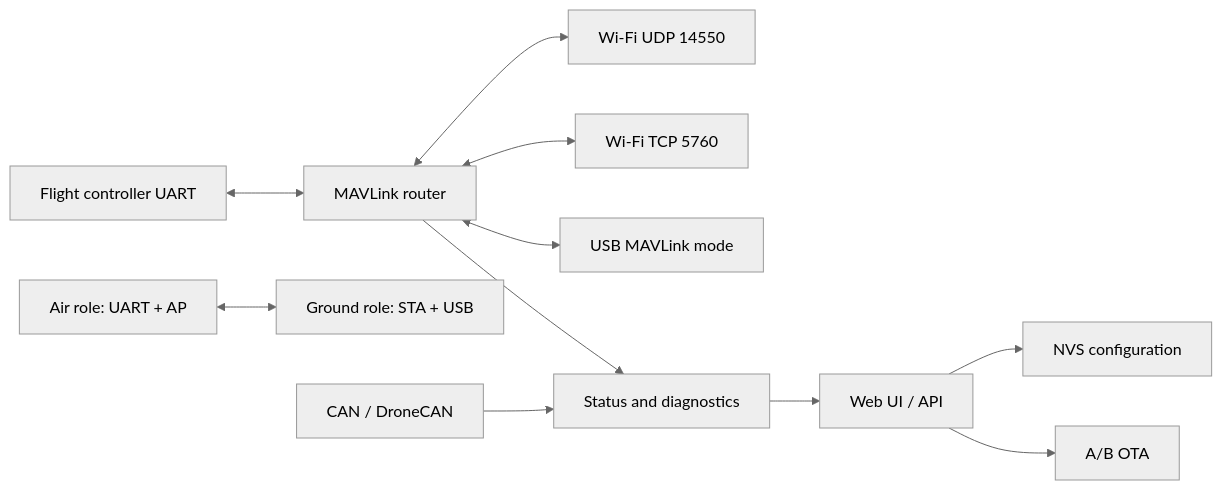
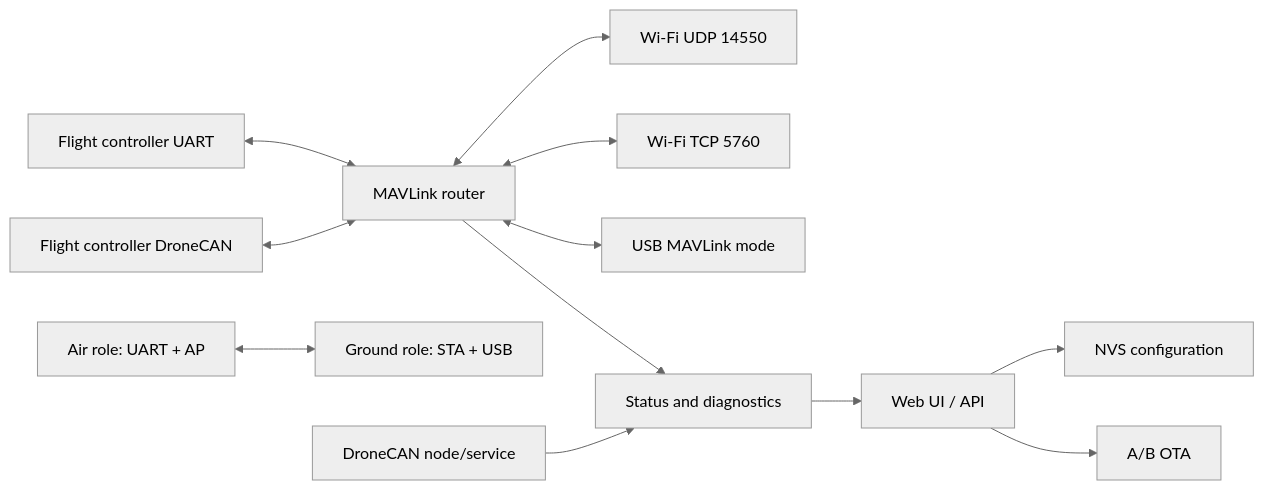
Before and after one commit to FlyingRC-Official/AirLink: the diagram in README.md, drawn with Mermaid (neutral theme). The commit also changed other lines of this file and 69 other files, not shown here.

Commit message:
release: add DroneCAN MAVLink telemetry v0.3.3-dev

````diff
--- a/README.md
+++ b/README.md
@@ -12,13 +12,14 @@
 ```mermaid
 flowchart LR
     FC["Flight controller UART"] <--> Router["MAVLink router"]
+    FCCAN["Flight controller DroneCAN"] <--> Router
     Router <--> UDP["Wi-Fi UDP 14550"]
     Router <--> TCP["Wi-Fi TCP 5760"]
     Router <--> USB["USB MAVLink mode"]
     Air["Air role: UART + AP"] <--> Ground["Ground role: STA + USB"]
-    CAN["CAN / DroneCAN"] --> Diagnostics["Status and diagnostics"]
+    CAN["DroneCAN node/service"] --> Diagnostics["Status and diagnostics"]
     Router --> Diagnostics
     Diagnostics --> Web["Web UI / API"]
     Web --> Config["NVS configuration"]
     Web --> OTA["A/B OTA"]
 ```
````
